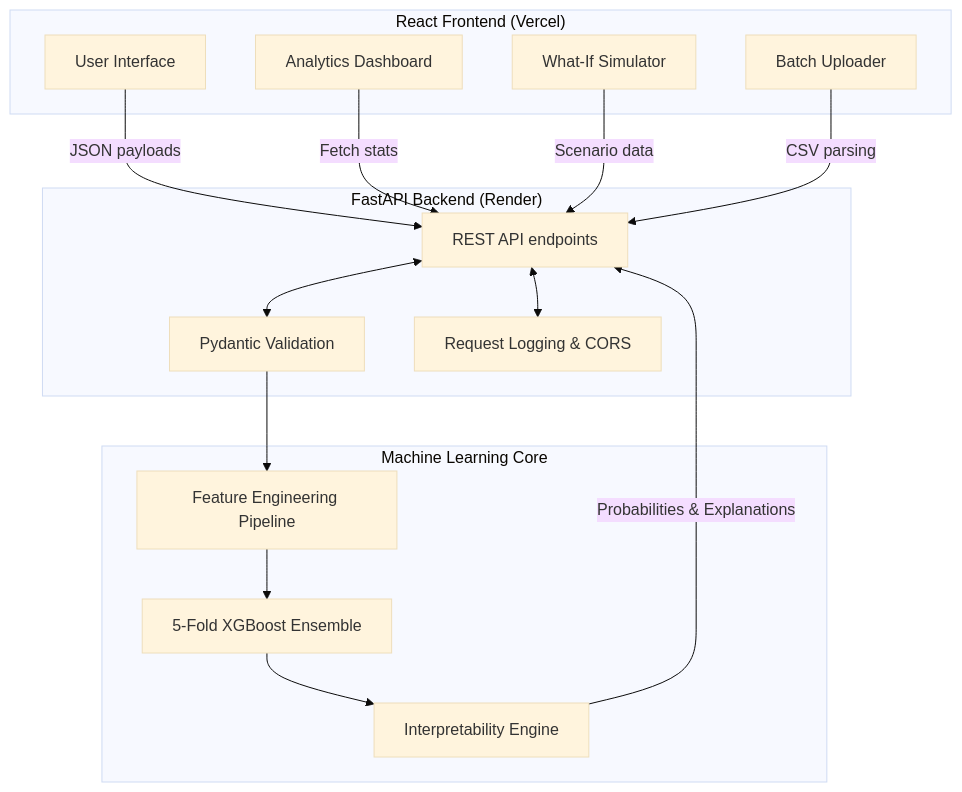
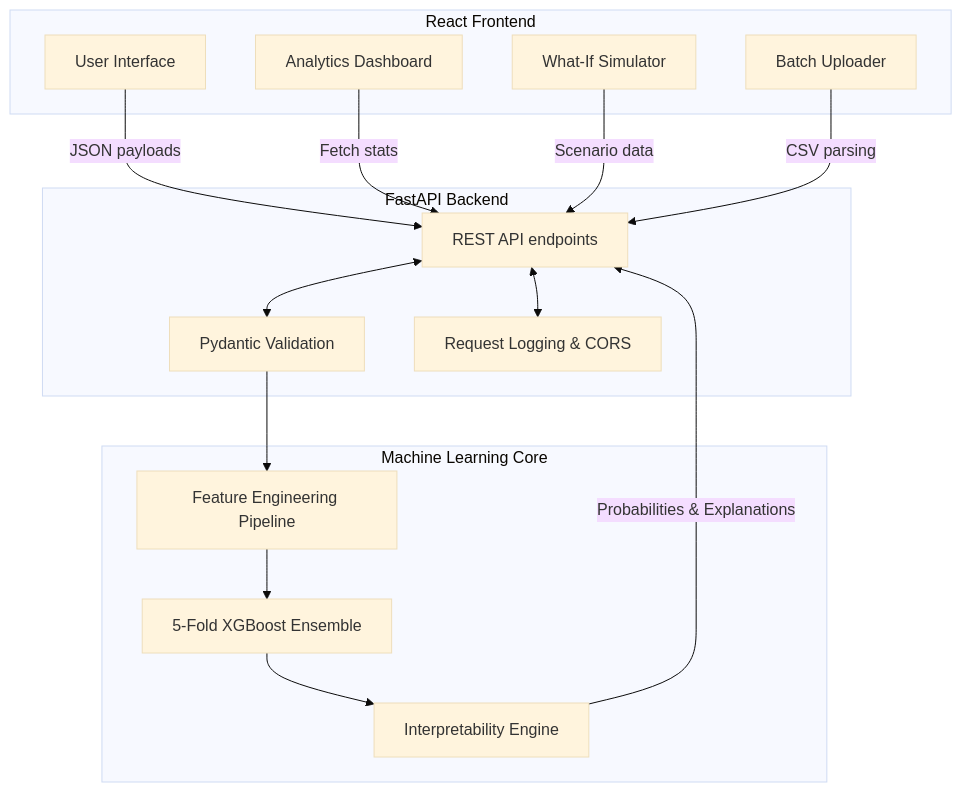
The diagram in README.md (Bytebard089/churnguard), drawn with Mermaid (base theme) before and after one commit. The commit also changed other lines of this file, not shown here.

````diff
--- a/README.md
+++ b/README.md
@@ -36,33 +36,33 @@
 ```mermaid
 graph TD
-    subgraph Frontend ["React Frontend (Vercel)"]
+    subgraph Frontend [React Frontend]
         UI[User Interface]
         DB[Analytics Dashboard]
         Sim[What-If Simulator]
         Batch[Batch Uploader]
     end
 
-    subgraph Backend ["FastAPI Backend (Render)"]
+    subgraph Backend [FastAPI Backend]
         API[REST API endpoints]
         Val[Pydantic Validation]
         ReqLogger[Request Logging & CORS]
     end
 
-    subgraph ML_Layer ["Machine Learning Core"]
+    subgraph ML_Layer [Machine Learning Core]
         Ensemble[5-Fold XGBoost Ensemble]
         Prep[Feature Engineering Pipeline]
         SHAP[Interpretability Engine]
     end
 
     UI -->|JSON payloads| API
     DB -->|Fetch stats| API
     Sim -->|Scenario data| API
     Batch -->|CSV parsing| API
 
     API <--> Val
     API <--> ReqLogger
     Val --> Prep
     Prep --> Ensemble
     Ensemble --> SHAP
     SHAP -->|Probabilities & Explanations| API
 ```
````
